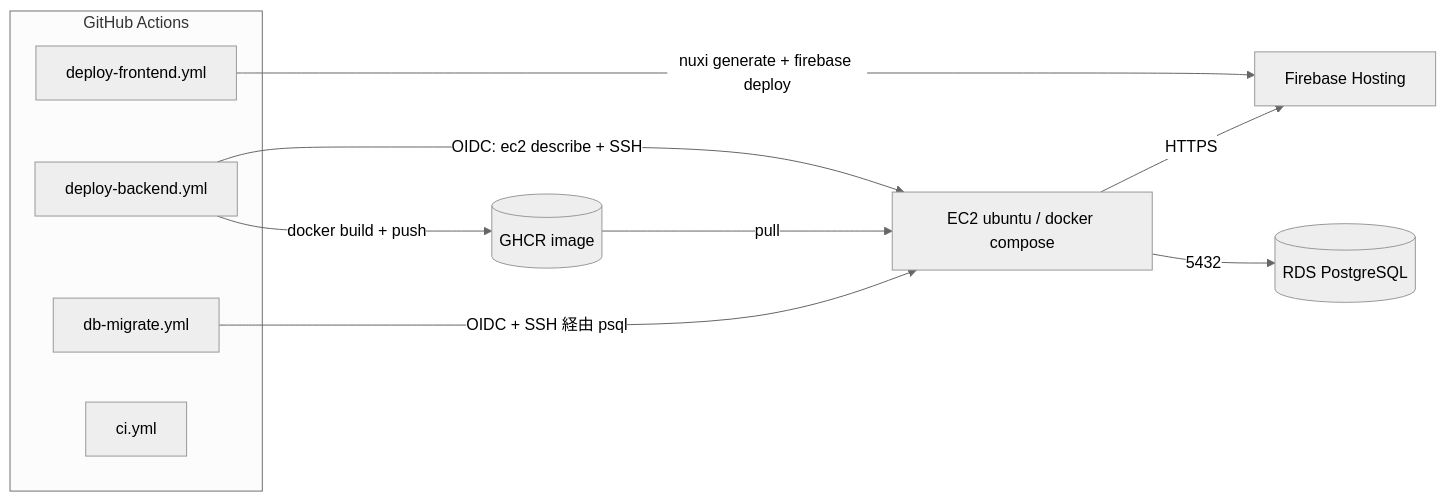
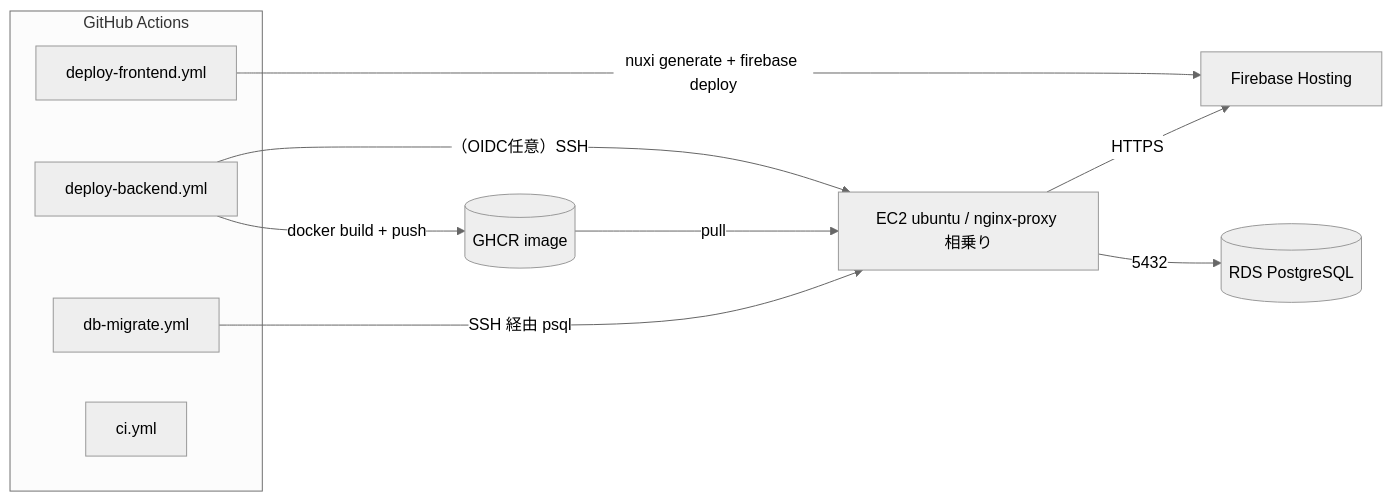
One commit to TSUNAGUBA/akebono-honshu changed the diagram in deploy/README.md. Above: the diagram before and after it, drawn with Mermaid (neutral theme). The commit also changed other lines of this file and 5 other files, not shown here.

````diff
--- a/deploy/README.md
+++ b/deploy/README.md
@@ -26,16 +26,16 @@
 ```mermaid
 flowchart LR
     subgraph GH[GitHub Actions]
       FE[deploy-frontend.yml]
       BE[deploy-backend.yml]
       DB[db-migrate.yml]
       CI[ci.yml]
     end
     FE -->|nuxi generate + firebase deploy| FH[Firebase Hosting]
     BE -->|docker build + push| GHCR[(GHCR image)]
-    BE -->|OIDC: ec2 describe + SSH| EC2[EC2 ubuntu / docker compose]
+    BE -->|（OIDC任意）SSH| EC2[EC2 ubuntu / nginx-proxy 相乗り]
     GHCR -->|pull| EC2
-    DB -->|OIDC + SSH 経由 psql| EC2
+    DB -->|SSH 経由 psql| EC2
     EC2 -->|5432| RDS[(RDS PostgreSQL)]
     EC2 -->|HTTPS| FH
 ```
````
